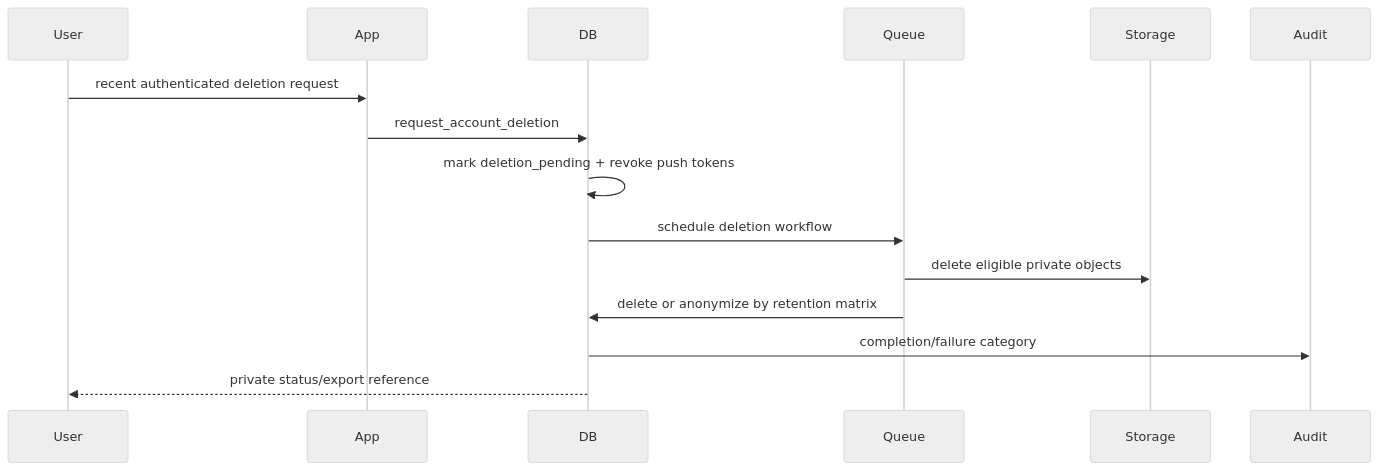
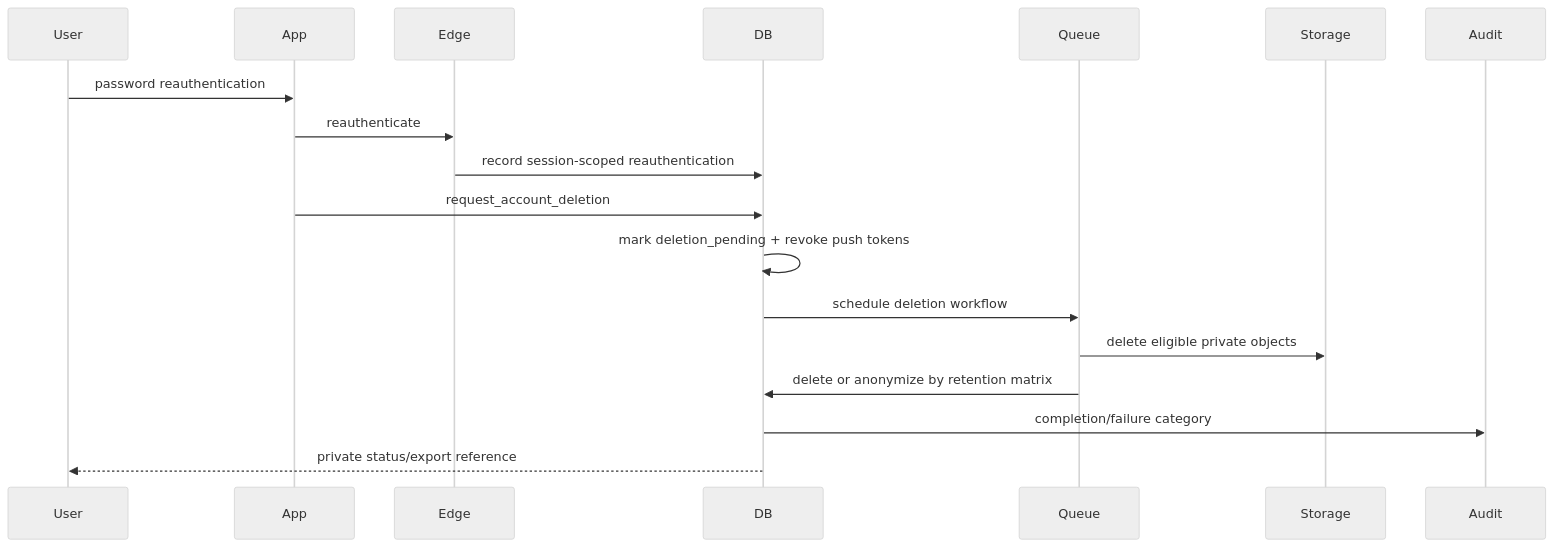
One commit to mohmammed0/Mohammed-Sallah-app changed the second of 2 diagrams in docs/architecture/SECURITY.md. Above: the diagram before and after it, drawn with Mermaid (neutral theme). The commit also changed other lines of this file and 11 other files, not shown here.

````diff
--- a/docs/architecture/SECURITY.md
+++ b/docs/architecture/SECURITY.md
@@ -15,11 +15,13 @@
 ```mermaid
 sequenceDiagram
-  User->>App: recent authenticated deletion request
+  User->>App: password reauthentication
+  App->>Edge: reauthenticate
+  Edge->>DB: record session-scoped reauthentication
   App->>DB: request_account_deletion
   DB->>DB: mark deletion_pending + revoke push tokens
   DB->>Queue: schedule deletion workflow
   Queue->>Storage: delete eligible private objects
   Queue->>DB: delete or anonymize by retention matrix
   DB->>Audit: completion/failure category
   DB-->>User: private status/export reference
 ```
````
